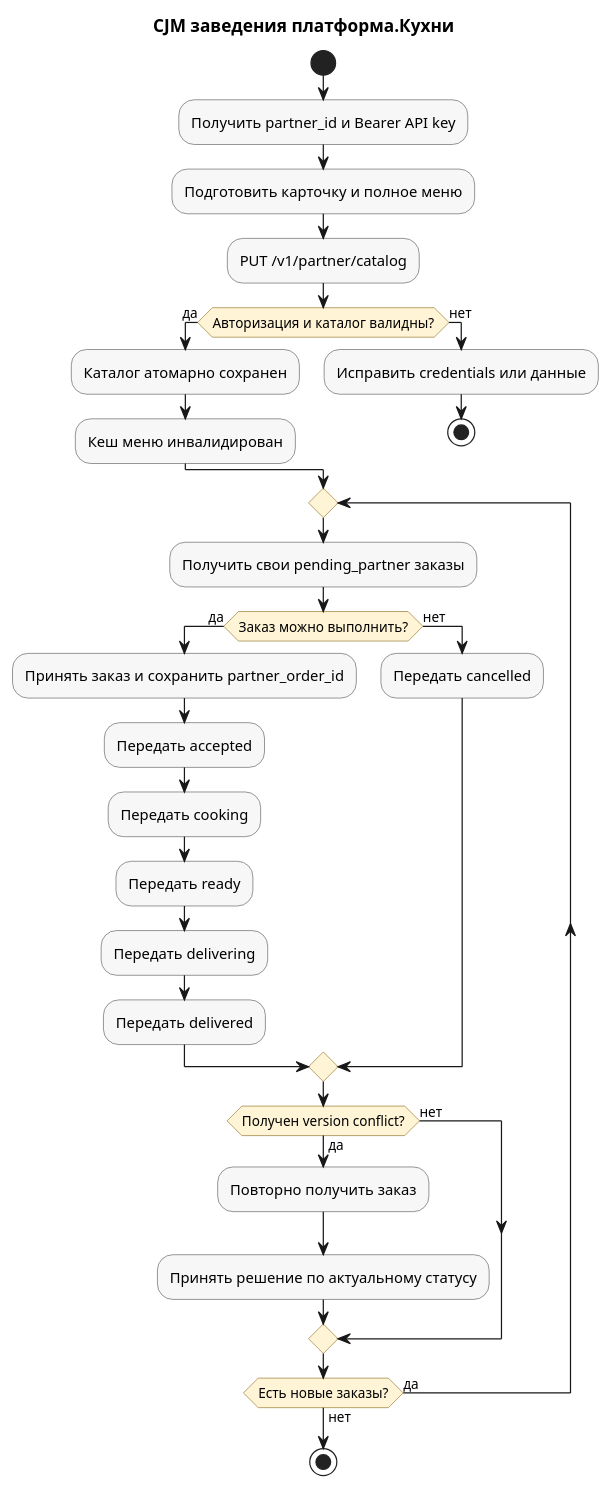
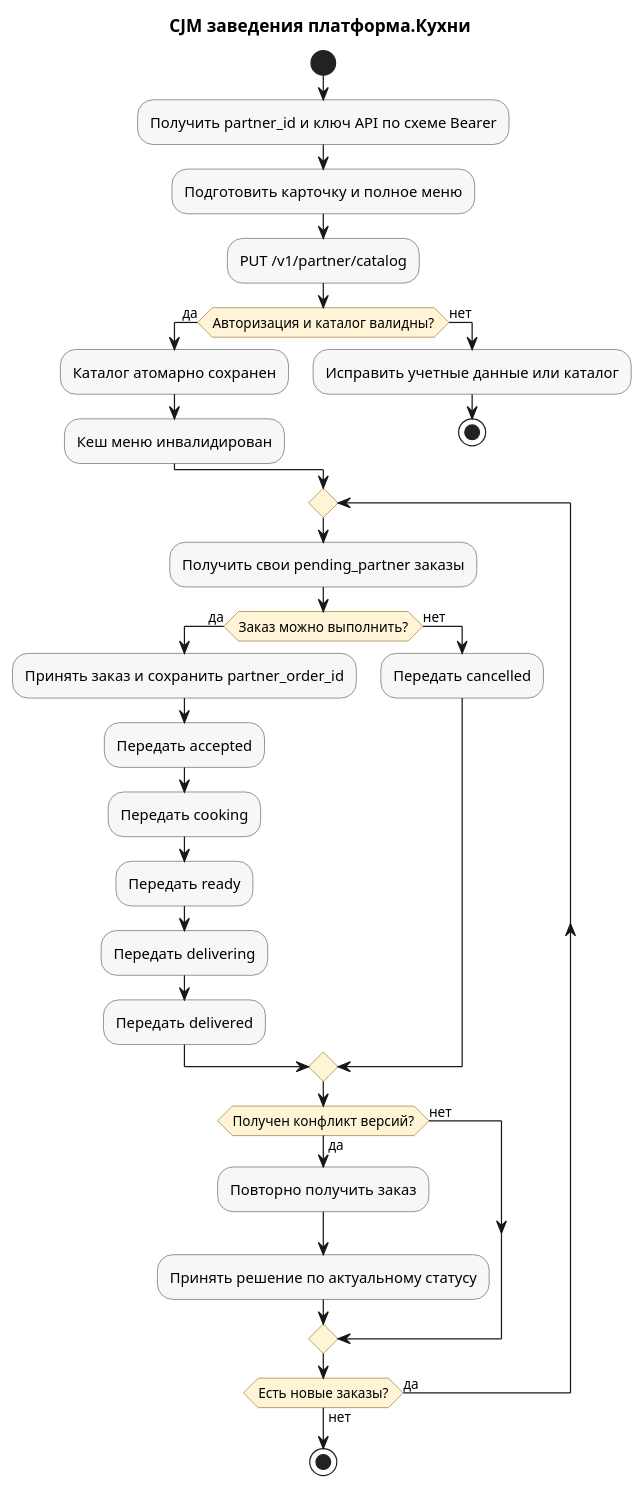
Before and after one commit to aartchik/food-ordering-api: the diagram in docs/partner-journey.puml, drawn with PlantUML. The commit also changed 4 other files, not shown here.

Commit message:
fix project diagrams

```diff
--- a/docs/partner-journey.puml
+++ b/docs/partner-journey.puml
@@ -1,46 +1,46 @@
 @startuml partner_journey
 title CJM заведения платформа.Кухни
 
 skinparam shadowing false
 skinparam activity {
   BackgroundColor #F7F7F7
   BorderColor #555555
   DiamondBackgroundColor #FFF4D6
   DiamondBorderColor #8A6D1D
 }
 
 start
-:Получить partner_id и Bearer API key;
+:Получить partner_id и ключ API по схеме Bearer;
 :Подготовить карточку и полное меню;
 :PUT /v1/partner/catalog;
 if (Авторизация и каталог валидны?) then (да)
   :Каталог атомарно сохранен;
   :Кеш меню инвалидирован;
 else (нет)
-  :Исправить credentials или данные;
+  :Исправить учетные данные или каталог;
   stop
 endif
 
 repeat
   :Получить свои pending_partner заказы;
   if (Заказ можно выполнить?) then (да)
     :Принять заказ и сохранить partner_order_id;
     :Передать accepted;
     :Передать cooking;
     :Передать ready;
     :Передать delivering;
     :Передать delivered;
   else (нет)
     :Передать cancelled;
   endif
 
-  if (Получен version conflict?) then (да)
+  if (Получен конфликт версий?) then (да)
     :Повторно получить заказ;
     :Принять решение по актуальному статусу;
   else (нет)
   endif
 repeat while (Есть новые заказы?) is (да) not (нет)
 
 stop
 
 @enduml
```
